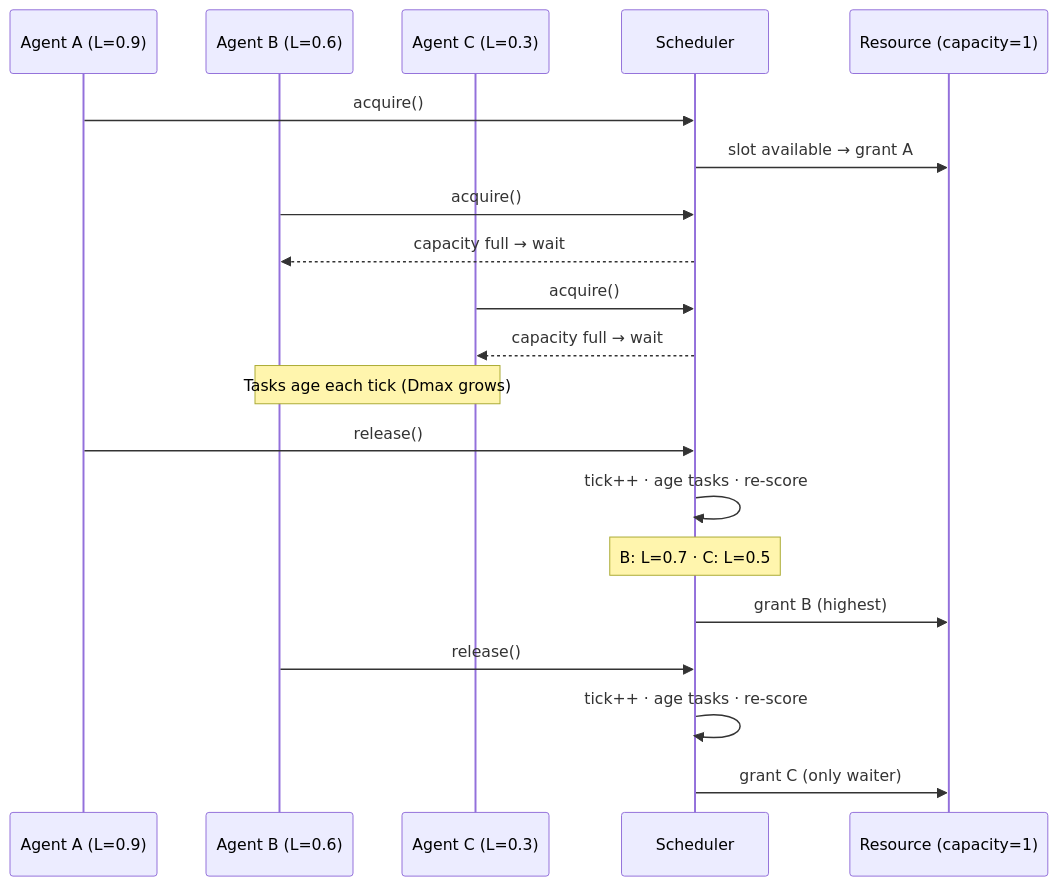
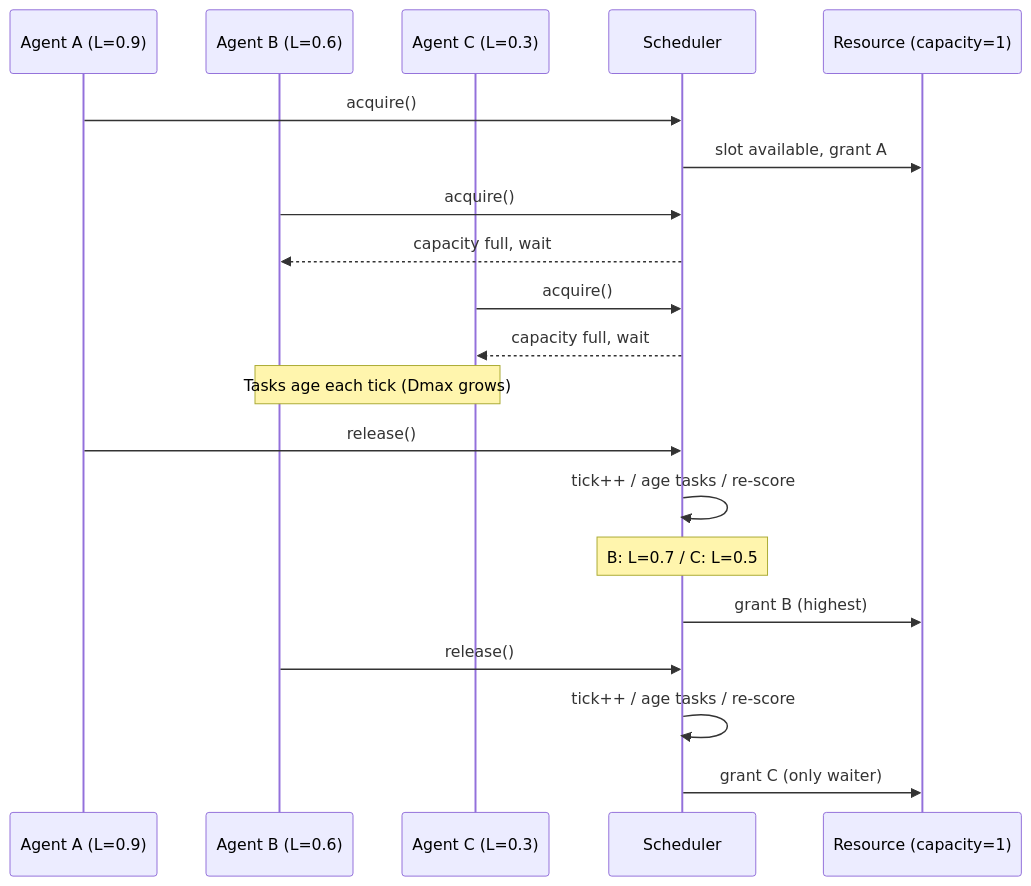
One commit to ArielSmoliar/loco-agent changed the first of 2 diagrams in README.md. Above: the diagram before and after it, drawn with Mermaid. The commit also changed other lines of this file, not shown here.

````diff
--- a/README.md
+++ b/README.md
@@ -276,26 +121,26 @@
 ```mermaid
 sequenceDiagram
     participant A as Agent A (L=0.9)
     participant B as Agent B (L=0.6)
     participant C as Agent C (L=0.3)
     participant S as Scheduler
     participant R as Resource (capacity=1)
 
     A->>S: acquire()
-    S->>R: slot available → grant A
+    S->>R: slot available, grant A
     B->>S: acquire()
-    S-->>B: capacity full → wait
+    S-->>B: capacity full, wait
     C->>S: acquire()
-    S-->>C: capacity full → wait
+    S-->>C: capacity full, wait
 
     Note over B,C: Tasks age each tick (Dmax grows)
 
     A->>S: release()
-    S->>S: tick++ · age tasks · re-score
-    Note over S: B: L=0.7 · C: L=0.5
+    S->>S: tick++ / age tasks / re-score
+    Note over S: B: L=0.7 / C: L=0.5
     S->>R: grant B (highest)
 
     B->>S: release()
-    S->>S: tick++ · age tasks · re-score
+    S->>S: tick++ / age tasks / re-score
     S->>R: grant C (only waiter)
 ```
````
